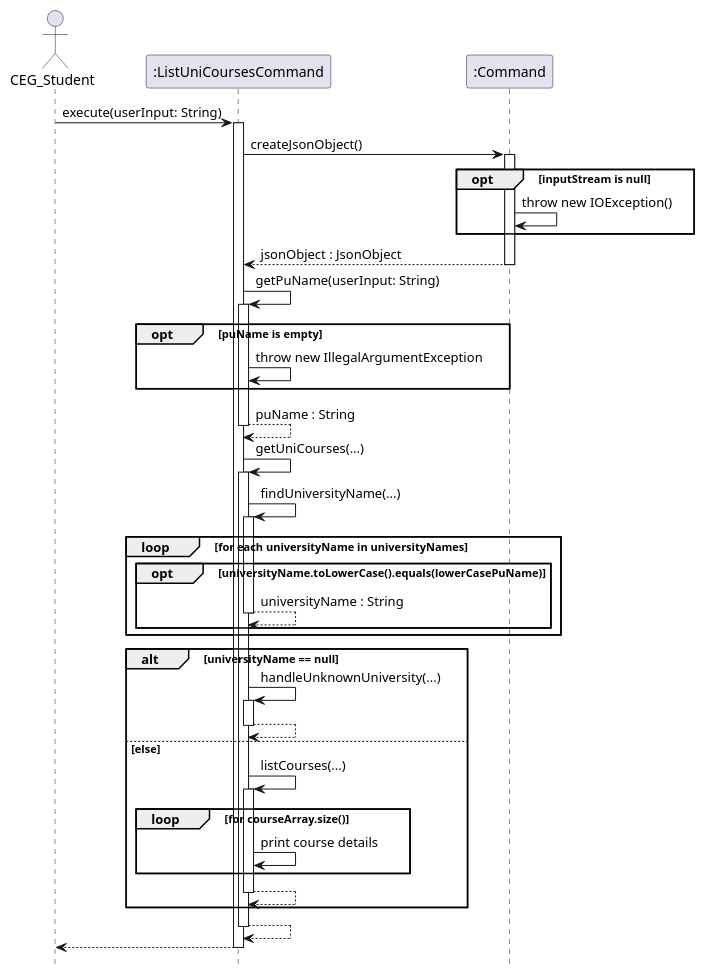
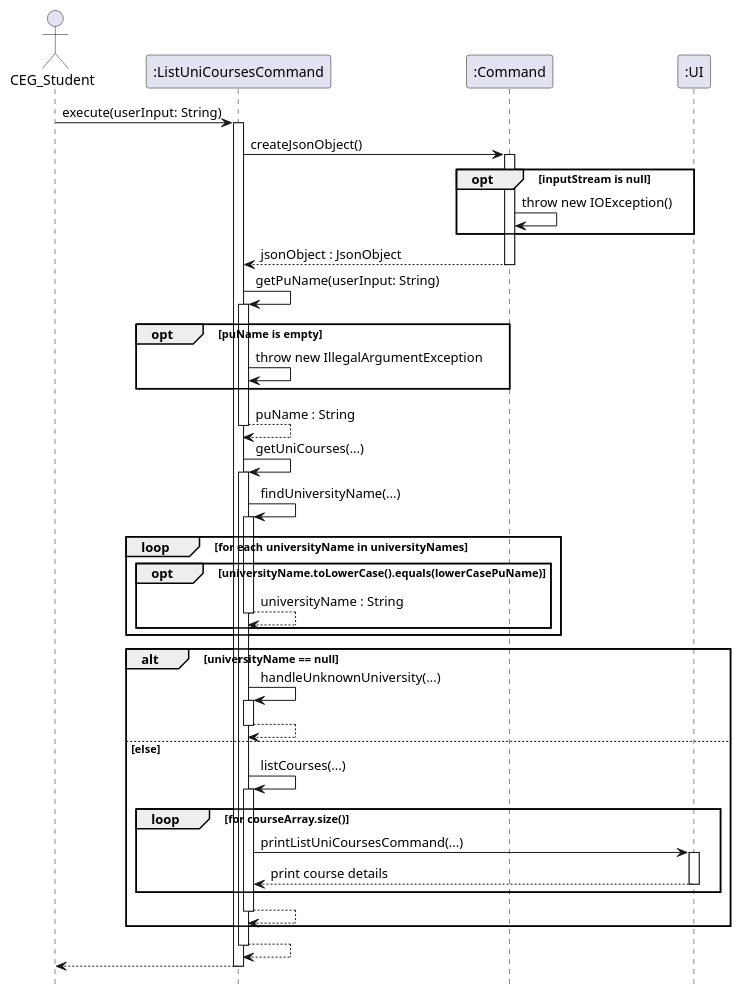
One commit to nus-cs2113-AY2425S1/tp changed the diagram in docs/diagrams/ListUniCoursesCommand.puml. Above: the diagram before and after it, drawn with PlantUML.

Commit message:
Update sequence diagram for ListUniCoursesCommand
To include the printListUniCoursesCommand() method in UI class

```diff
--- a/docs/diagrams/ListUniCoursesCommand.puml
+++ b/docs/diagrams/ListUniCoursesCommand.puml
@@ -1,59 +1,62 @@
 @startuml
 
 hide footbox
 
 actor CEG_Student
 
 participant ":ListUniCoursesCommand" as ListUniCoursesCommand
 participant ":Command" as Command
+participant ":UI" as UI
 
 CEG_Student -> ListUniCoursesCommand : execute(userInput: String)
 activate ListUniCoursesCommand
 
 ListUniCoursesCommand -> Command : createJsonObject()
 activate Command
 
 opt inputStream is null
     Command -> Command: throw new IOException()
 end
 
 Command --> ListUniCoursesCommand: jsonObject : JsonObject
 deactivate Command
 
 ListUniCoursesCommand -> ListUniCoursesCommand : getPuName(userInput: String)
 activate ListUniCoursesCommand
 
 opt puName is empty
     ListUniCoursesCommand -> ListUniCoursesCommand : throw new IllegalArgumentException
 end
 return puName : String
 
 ListUniCoursesCommand -> ListUniCoursesCommand : getUniCourses(...)
 activate ListUniCoursesCommand
 
 ListUniCoursesCommand -> ListUniCoursesCommand : findUniversityName(...)
 activate ListUniCoursesCommand
 loop for each universityName in universityNames
     opt universityName.toLowerCase().equals(lowerCasePuName)
     return universityName : String
     end
 end
 
 alt universityName == null
     ListUniCoursesCommand -> ListUniCoursesCommand : handleUnknownUniversity(...)
     activate ListUniCoursesCommand
     return
         else else
         ListUniCoursesCommand -> ListUniCoursesCommand : listCourses(...)
         activate ListUniCoursesCommand
             loop for courseArray.size()
-            ListUniCoursesCommand -> ListUniCoursesCommand : print course details
+            ListUniCoursesCommand -> UI : printListUniCoursesCommand(...)
+            activate UI
+            return print course details
             end
         return
     end
 return
 
 ListUniCoursesCommand --> CEG_Student
 deactivate ListUniCoursesCommand
 
 @enduml
```
